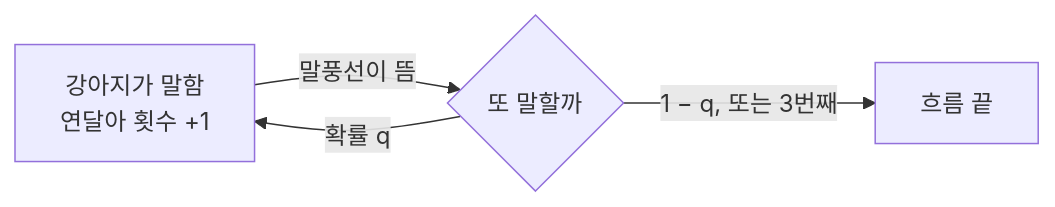
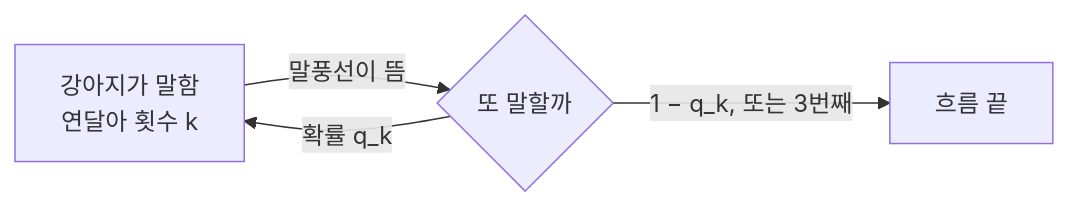
One commit to HEOSEONGILml/AssistantChatBot changed the sixth of 9 diagrams in ARCHITECTURE.md. Above: the diagram before and after it, drawn with Mermaid. The commit also changed other lines of this file, not shown here.

Commit message:
docs: ARCHITECTURE 새로 작성(구조·동작만, 코드와 대조, 검수 이력은 요약 문서로)

````diff
--- a/ARCHITECTURE.md
+++ b/ARCHITECTURE.md
@@ -271,6 +320,6 @@
 ```mermaid
 flowchart LR
-  SPK["강아지가 말함<br>연달아 횟수 +1"] -->|"말풍선이 뜸"| JD{"또 말할까"}
-  JD -->|"확률 q"| SPK
-  JD -->|"1 − q, 또는 3번째"| STOP["흐름 끝"]
+  SPK["강아지가 말함<br>연달아 횟수 k"] -->|"말풍선이 뜸"| JD{"또 말할까"}
+  JD -->|"확률 q_k"| SPK
+  JD -->|"1 − q_k, 또는 3번째"| STOP["흐름 끝"]
 ```
````
